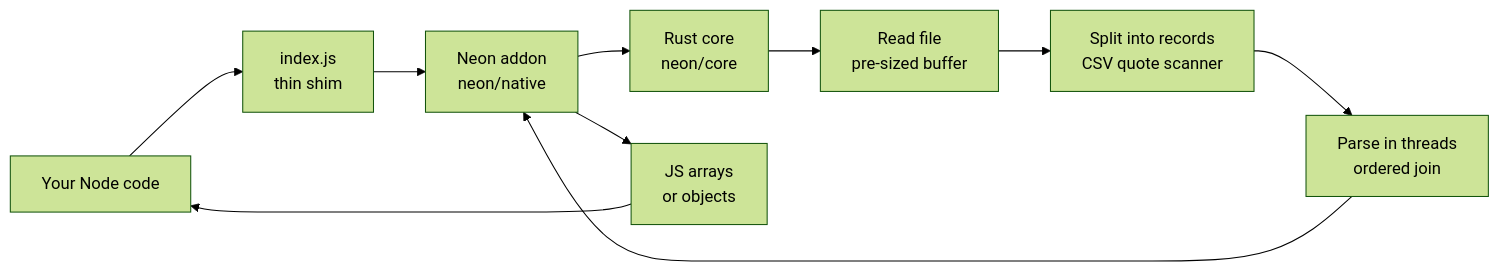
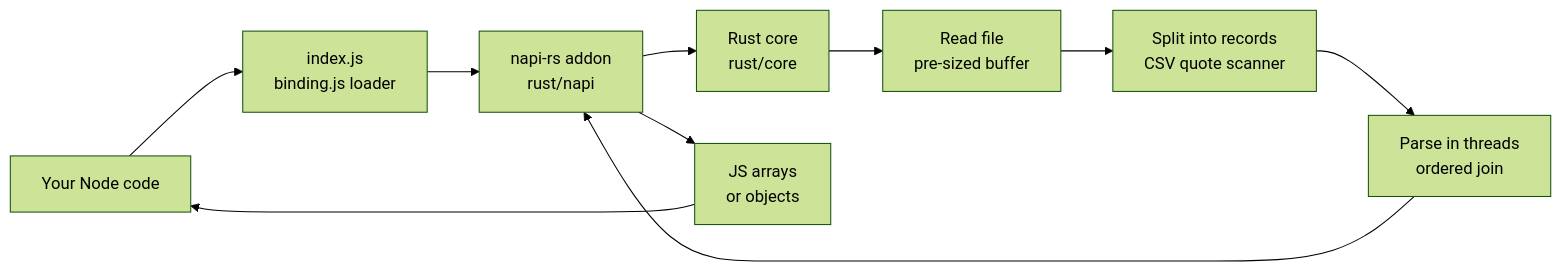
The diagram in README.md (dimcher/neon-text-formatter), drawn with Mermaid (forest theme) before and after one commit. The commit also changed other lines of this file and 5 other files, not shown here.

Commit message:
Update docs and changelog for napi-rs, the rust/ folder and prebuilt binaries

````diff
--- a/README.md
+++ b/README.md
@@ -115,12 +119,12 @@
 ```mermaid
 flowchart LR
-    A["Your Node code"] --> B["index.js<br/>thin shim"]
-    B --> C["Neon addon<br/>neon/native"]
-    C --> D["Rust core<br/>neon/core"]
+    A["Your Node code"] --> B["index.js<br/>binding.js loader"]
+    B --> C["napi-rs addon<br/>rust/napi"]
+    C --> D["Rust core<br/>rust/core"]
     D --> E["Read file<br/>pre-sized buffer"]
     E --> F["Split into records<br/>CSV quote scanner"]
     F --> G["Parse in threads<br/>ordered join"]
     G --> C
     C --> H["JS arrays<br/>or objects"]
     H --> A
 ```
````
